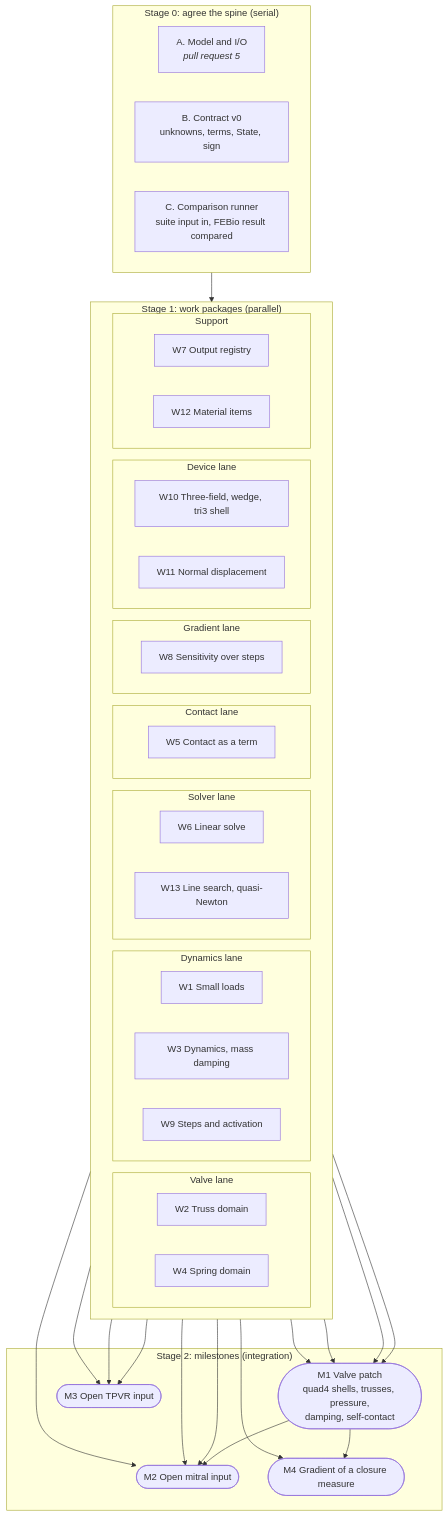
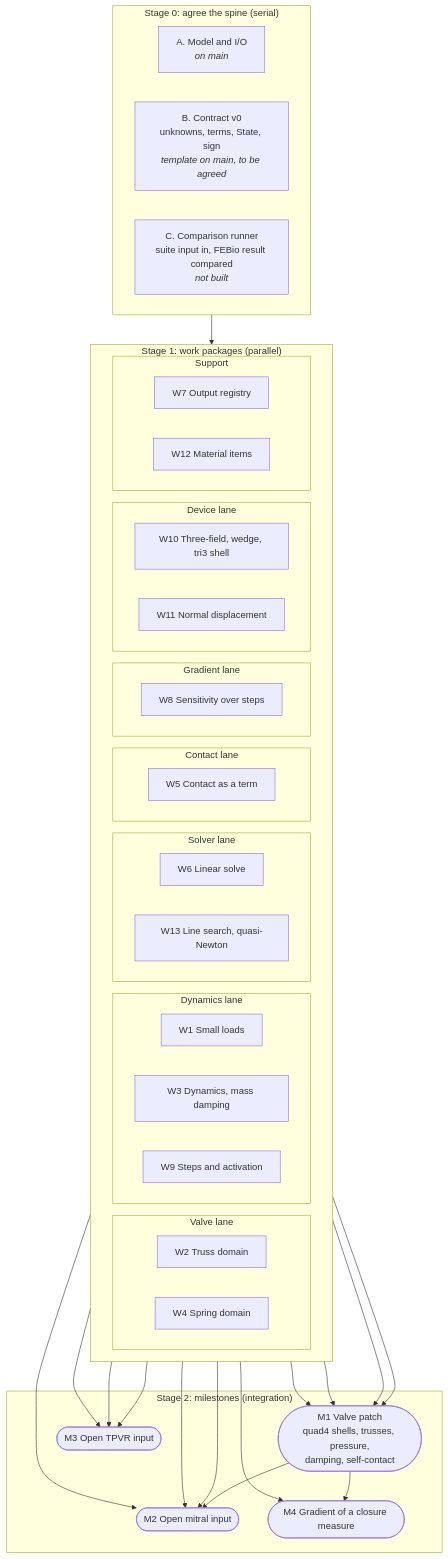
One commit to JolleyLab/FEBio-Warp-Python changed the diagram in docs/design/work_plan.md. Above: the diagram before and after it, drawn with Mermaid. The commit also changed other lines of this file, not shown here.

````diff
--- a/docs/design/work_plan.md
+++ b/docs/design/work_plan.md
@@ -11,54 +13,54 @@
 ```mermaid
 flowchart TB
     subgraph s0["Stage 0: agree the spine (serial)"]
-        a["A. Model and I/O<br/><i>pull request 5</i>"]
-        b["B. Contract v0<br/>unknowns, terms, State, sign"]
-        c["C. Comparison runner<br/>suite input in, FEBio result compared"]
+        a["A. Model and I/O<br/><i>on main</i>"]
+        b["B. Contract v0<br/>unknowns, terms, State, sign<br/><i>template on main, to be agreed</i>"]
+        c["C. Comparison runner<br/>suite input in, FEBio result compared<br/><i>not built</i>"]
     end
 
     subgraph s1["Stage 1: work packages (parallel)"]
         direction LR
         subgraph valve["Valve lane"]
             w2["W2 Truss domain"]
             w4["W4 Spring domain"]
         end
         subgraph dyn["Dynamics lane"]
             w1["W1 Small loads"]
             w3["W3 Dynamics, mass damping"]
             w9["W9 Steps and activation"]
         end
         subgraph sol["Solver lane"]
             w6["W6 Linear solve"]
             w13["W13 Line search, quasi-Newton"]
         end
         subgraph con["Contact lane"]
             w5["W5 Contact as a term"]
         end
         subgraph ad["Gradient lane"]
             w8["W8 Sensitivity over steps"]
         end
         subgraph dev["Device lane"]
             w10["W10 Three-field, wedge, tri3 shell"]
             w11["W11 Normal displacement"]
         end
         subgraph sup["Support"]
             w7["W7 Output registry"]
             w12["W12 Material items"]
         end
     end
 
     subgraph s2["Stage 2: milestones (integration)"]
         m1(["M1 Valve patch<br/>quad4 shells, trusses, pressure,<br/>damping, self-contact"])
         m2(["M2 Open mitral input"])
         m3(["M3 Open TPVR input"])
         m4(["M4 Gradient of a closure measure"])
     end
 
     s0 --> s1
     w2 & w3 & w5 & w6 --> m1
     m1 --> m2
     w4 & w12 & w7 --> m2
     w9 & w10 & w11 --> m3
     w8 --> m4
     m1 --> m4
 ```
````
